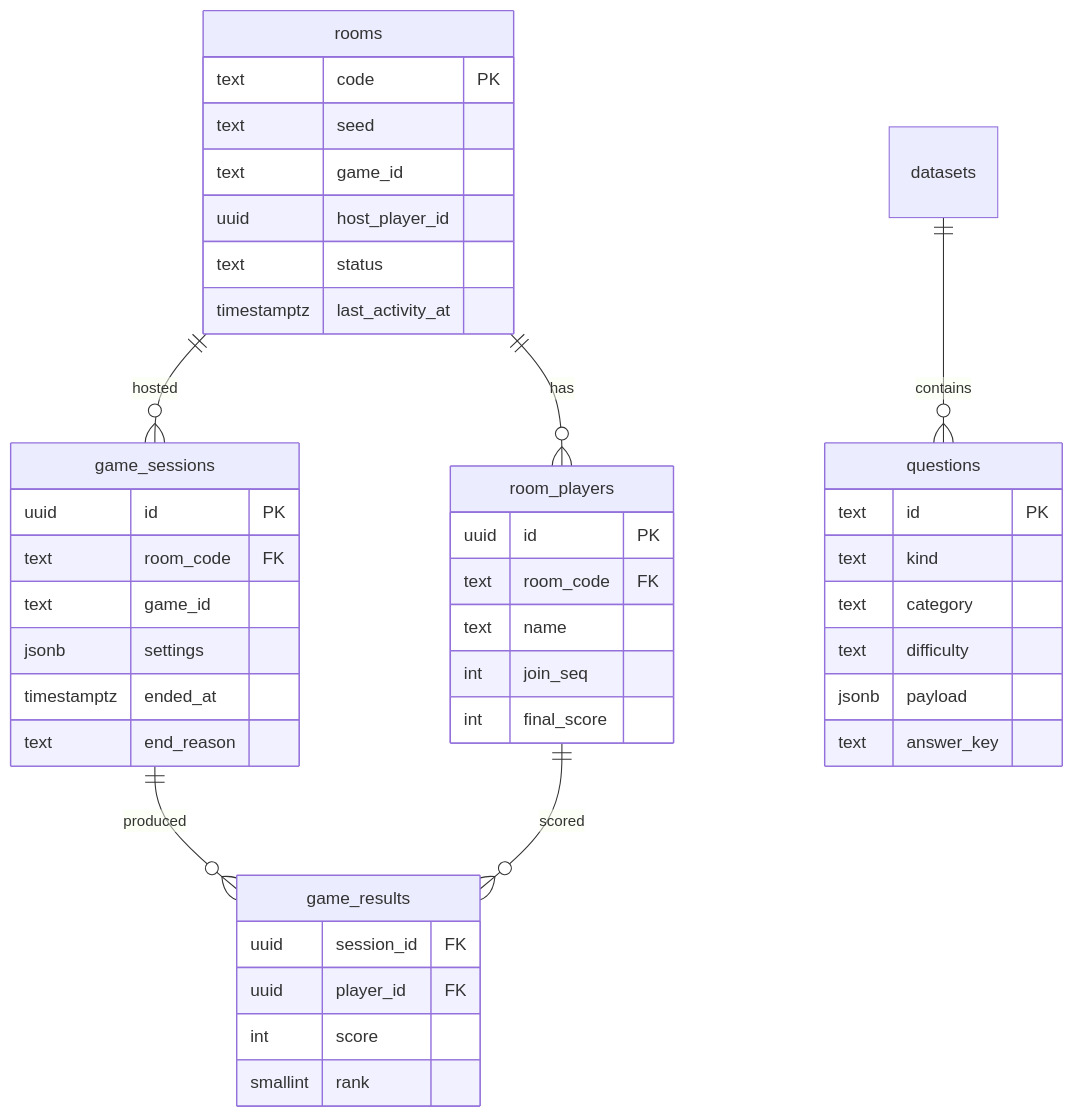
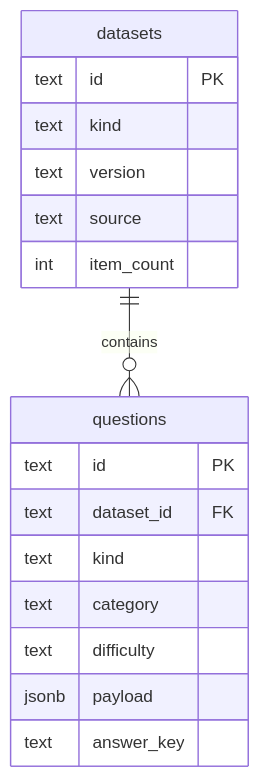
Before and after one commit to ysai258/friendzone: the diagram in docs/database.md, drawn with Mermaid. The commit also changed other lines of this file and 20 other files, not shown here.

````diff
--- a/docs/database.md
+++ b/docs/database.md
@@ -16,46 +20,21 @@
 ```mermaid
 erDiagram
-  rooms ||--o{ room_players : "has"
-  rooms ||--o{ game_sessions : "hosted"
-  game_sessions ||--o{ game_results : "produced"
-  room_players ||--o{ game_results : "scored"
   datasets ||--o{ questions : "contains"
 
-  rooms {
-    text code PK
-    text seed
-    text game_id
-    uuid host_player_id
-    text status
-    timestamptz last_activity_at
-  }
-  room_players {
-    uuid id PK
-    text room_code FK
-    text name
-    int join_seq
-    int final_score
-  }
-  game_sessions {
-    uuid id PK
-    text room_code FK
-    text game_id
-    jsonb settings
-    timestamptz ended_at
-    text end_reason
-  }
-  game_results {
-    uuid session_id FK
-    uuid player_id FK
-    int score
-    smallint rank
+  datasets {
+    text id PK
+    text kind
+    text version
+    text source
+    int item_count
   }
   questions {
     text id PK
+    text dataset_id FK
     text kind
     text category
     text difficulty
     jsonb payload
     text answer_key
   }
 ```
````
